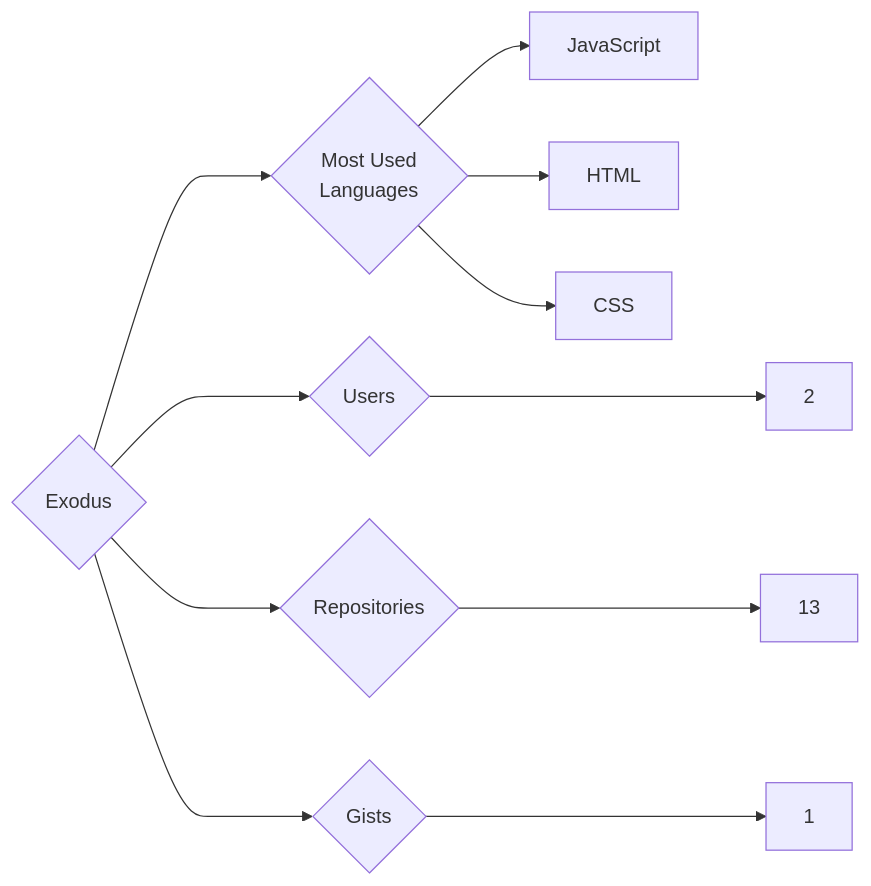
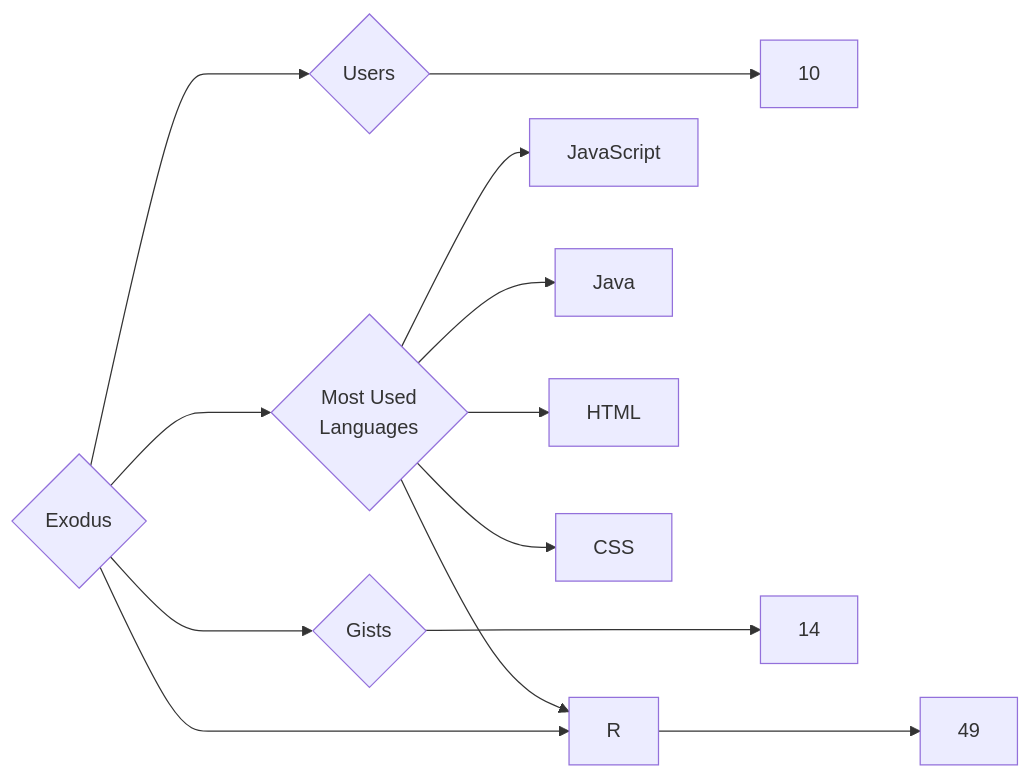
Before and after one commit to trickest/insiders: the diagram in targets/Exodus/README.md, drawn with Mermaid. The commit also changed 998 other files, not shown here.

````diff
--- a/targets/Exodus/README.md
+++ b/targets/Exodus/README.md
@@ -3,11 +3,13 @@
 ```mermaid
 graph LR
 COMPANY_NAME{Exodus}
-COMPANY_NAME ---> U{Users} ---> UN[2]
-COMPANY_NAME ---> R{Repositories} ---> RN[13]
-COMPANY_NAME ---> G{Gists} ---> GN[1]
+COMPANY_NAME ---> U{Users} ---> UN[10]
+COMPANY_NAME ---> R{Repositories} ---> RN[49]
+COMPANY_NAME ---> G{Gists} ---> GN[14]
 COMPANY_NAME ---> ML{Most Used<br>Languages}
 ML --> JavaScript[JavaScript]
+ML --> Java[Java]
 ML --> HTML[HTML]
 ML --> CSS[CSS]
+ML --> R[R]
 ```
````
